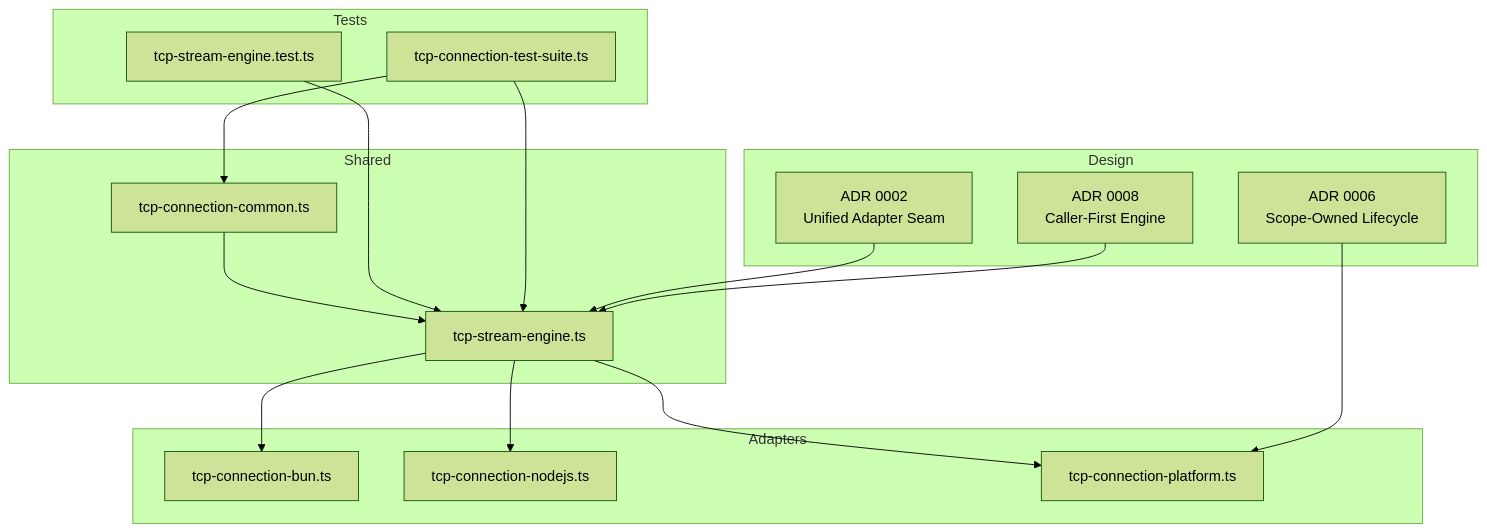
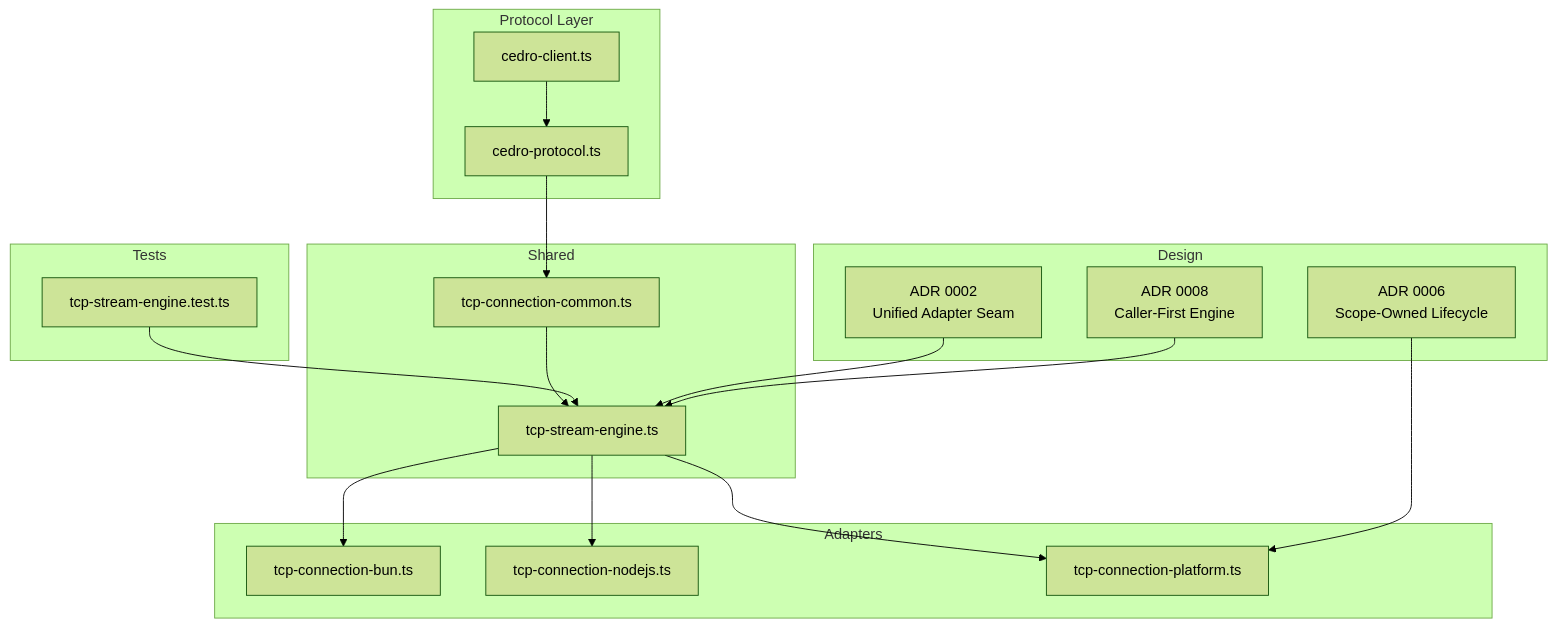
The first of 9 diagrams in .qoder/repowiki/en/content/TCP Stream Engine/TCP Stream Engine.md (6qat/lab-effect4), drawn with Mermaid (forest theme) before and after one commit. The commit also changed other lines of this file and 76 other files, not shown here.

````diff
--- a/.qoder/repowiki/en/content/TCP Stream Engine/TCP Stream Engine.md
+++ b/.qoder/repowiki/en/content/TCP Stream Engine/TCP Stream Engine.md
@@ -44,31 +58,34 @@
 ```mermaid
 graph TB
 subgraph "Shared"
 Common["tcp-connection-common.ts"]
 Engine["tcp-stream-engine.ts"]
 end
 subgraph "Adapters"
 Bun["tcp-connection-bun.ts"]
 Node["tcp-connection-nodejs.ts"]
 Platform["tcp-connection-platform.ts"]
 end
+subgraph "Protocol Layer"
+CedroProtocol["cedro-protocol.ts"]
+CedroClient["cedro-client.ts"]
+end
 subgraph "Tests"
 EngineTest["tcp-stream-engine.test.ts"]
-Suite["tcp-connection-test-suite.ts"]
 end
 subgraph "Design"
 ADR2["ADR 0002<br/>Unified Adapter Seam"]
 ADR6["ADR 0006<br/>Scope-Owned Lifecycle"]
 ADR8["ADR 0008<br/>Caller-First Engine"]
 end
 Common --> Engine
 Engine --> Bun
 Engine --> Node
 Engine --> Platform
+CedroProtocol --> Common
+CedroClient --> CedroProtocol
 EngineTest --> Engine
-Suite --> Common
-Suite --> Engine
 ADR2 --> Engine
 ADR6 --> Platform
 ADR8 --> Engine
 ```
````
